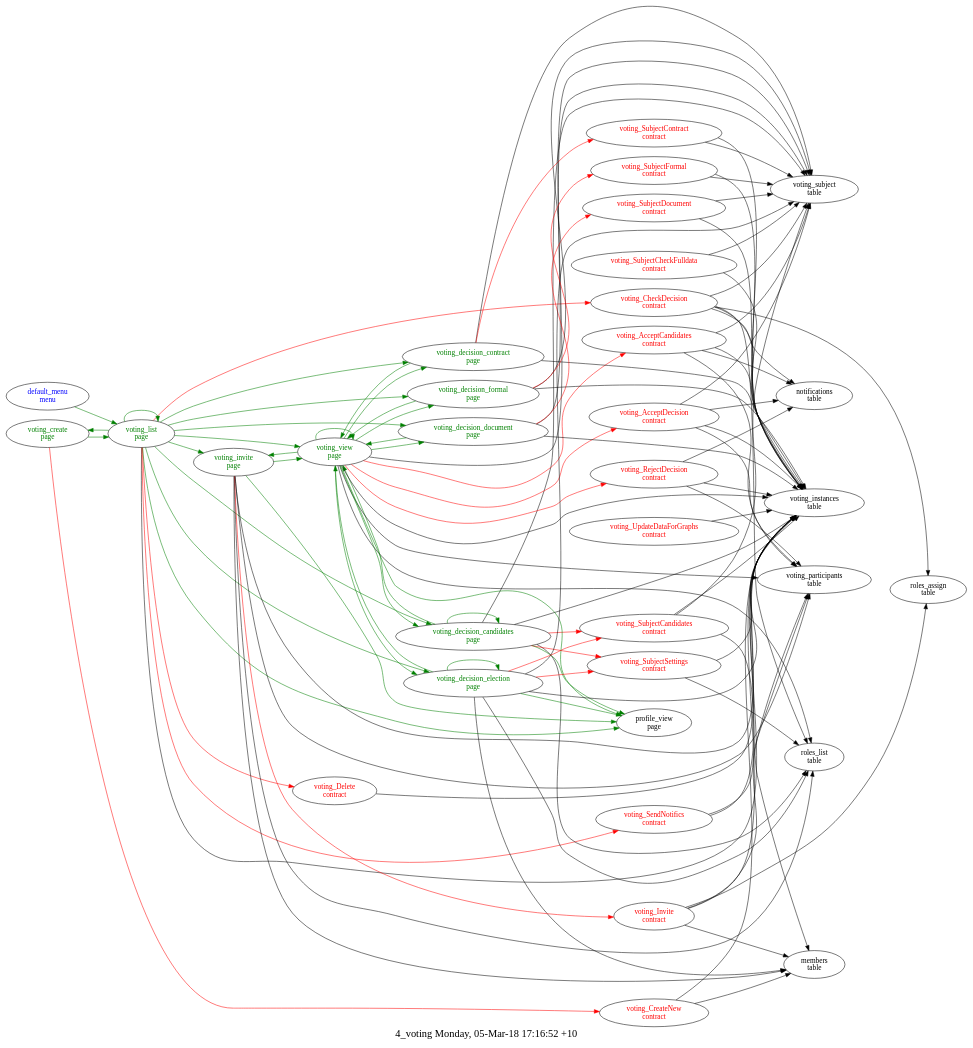
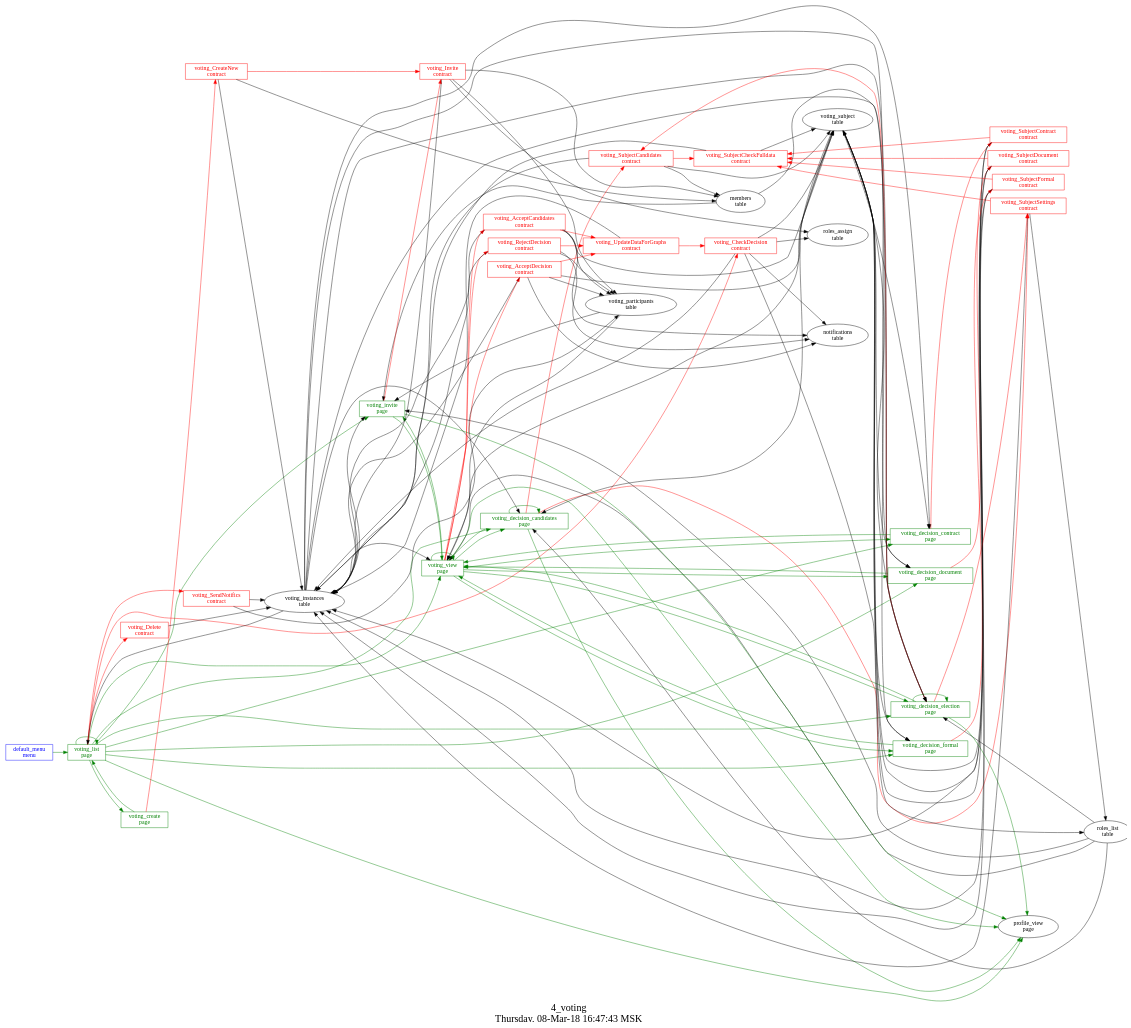
One commit to AplaProject/apps changed the diagram in src/basic/common/4_voting/struct.dot. Above: the diagram before and after it, drawn with Graphviz. The commit also changed 3 other files, not shown here.

Commit message:
+ voting contract params

```diff
--- a/src/basic/common/4_voting/struct.dot
+++ b/src/basic/common/4_voting/struct.dot
@@ -1,112 +1,63 @@
 digraph G {
-fontsize="20.0";
-label="4_voting Monday, 05-Mar-18 17:16:52 +10";
-rankdir=LR;
-"voting_CheckDecision\ncontract" -> "voting_instances\ntable"
-"voting_CheckDecision\ncontract" -> "voting_subject\ntable"
-"voting_CheckDecision\ncontract" -> "notifications\ntable"
-"voting_CheckDecision\ncontract" -> "roles_list\ntable"
-"voting_CheckDecision\ncontract" -> "roles_assign\ntable"
-"voting_CheckDecision\ncontract" [fontcolor=red, group=contracts];
-"voting_UpdateDataForGraphs\ncontract" -> "voting_instances\ntable"
-"voting_UpdateDataForGraphs\ncontract" [fontcolor=red, group=contracts];
-"voting_AcceptCandidates\ncontract" -> "voting_instances\ntable"
-"voting_AcceptCandidates\ncontract" -> "voting_subject\ntable"
-"voting_AcceptCandidates\ncontract" -> "voting_participants\ntable"
-"voting_AcceptCandidates\ncontract" -> "notifications\ntable"
-"voting_AcceptCandidates\ncontract" [fontcolor=red, group=contracts];
-"voting_Invite\ncontract" -> "voting_instances\ntable"
-"voting_Invite\ncontract" -> "voting_participants\ntable"
-"voting_Invite\ncontract" -> "members\ntable"
-"voting_Invite\ncontract" -> "roles_assign\ntable"
-"voting_Invite\ncontract" [fontcolor=red, group=contracts];
-"voting_Delete\ncontract" -> "voting_instances\ntable"
-"voting_Delete\ncontract" [fontcolor=red, group=contracts];
-"voting_CreateNew\ncontract" -> "members\ntable"
-"voting_CreateNew\ncontract" -> "voting_instances\ntable"
-"voting_CreateNew\ncontract" [fontcolor=red, group=contracts];
-"voting_AcceptDecision\ncontract" -> "voting_instances\ntable"
-"voting_AcceptDecision\ncontract" -> "voting_subject\ntable"
-"voting_AcceptDecision\ncontract" -> "voting_participants\ntable"
-"voting_AcceptDecision\ncontract" -> "notifications\ntable"
-"voting_AcceptDecision\ncontract" [fontcolor=red, group=contracts];
-"voting_SendNotifics\ncontract" -> "voting_instances\ntable"
-"voting_SendNotifics\ncontract" -> "voting_participants\ntable"
-"voting_SendNotifics\ncontract" [fontcolor=red, group=contracts];
-"voting_SubjectCheckFulldata\ncontract" -> "voting_instances\ntable"
-"voting_SubjectCheckFulldata\ncontract" -> "voting_subject\ntable"
-"voting_SubjectCheckFulldata\ncontract" [fontcolor=red, group=contracts];
-"voting_SubjectCandidates\ncontract" -> "voting_instances\ntable"
-"voting_SubjectCandidates\ncontract" -> "voting_subject\ntable"
-"voting_SubjectCandidates\ncontract" -> "members\ntable"
-"voting_SubjectCandidates\ncontract" [fontcolor=red, group=contracts];
-"voting_SubjectContract\ncontract" -> "voting_instances\ntable"
-"voting_SubjectContract\ncontract" -> "voting_subject\ntable"
-"voting_SubjectContract\ncontract" [fontcolor=red, group=contracts];
-"voting_SubjectDocument\ncontract" -> "voting_instances\ntable"
-"voting_SubjectDocument\ncontract" -> "voting_subject\ntable"
-"voting_SubjectDocument\ncontract" [fontcolor=red, group=contracts];
-"voting_SubjectFormal\ncontract" -> "voting_instances\ntable"
-"voting_SubjectFormal\ncontract" -> "voting_subject\ntable"
-"voting_SubjectFormal\ncontract" [fontcolor=red, group=contracts];
-"voting_SubjectSettings\ncontract" -> "voting_instances\ntable"
-"voting_SubjectSettings\ncontract" -> "roles_list\ntable"
-"voting_SubjectSettings\ncontract" [fontcolor=red, group=contracts];
-"voting_RejectDecision\ncontract" -> "voting_instances\ntable"
-"voting_RejectDecision\ncontract" -> "voting_participants\ntable"
-"voting_RejectDecision\ncontract" -> "notifications\ntable"
-"voting_RejectDecision\ncontract" [fontcolor=red, group=contracts];
+graph [
+  fontsize="24";
+  label="4_voting\nThursday, 08-Mar-18 16:47:43 MSK";
+  nojustify=true;
+  ordering=out;
+  rankdir=LR;
+  size="30";
+];
 "default_menu\nmenu" -> "voting_list\npage"  [ color=green ]
-"default_menu\nmenu" [fontcolor=blue, group=menus];
+"default_menu\nmenu" [color=blue, fontcolor=blue, group=menus, shape=record];
 "voting_create\npage" -> "voting_CreateNew\ncontract"  [ color=red ]
 "voting_create\npage" -> "voting_list\npage"  [ color=green ]
-"voting_create\npage" [fontcolor=green, group=pages];
+"voting_create\npage" [color=green, fontcolor=green, group=pages, shape=record];
 "voting_decision_candidates\npage" -> "voting_SubjectCandidates\ncontract"  [ color=red ]
 "voting_decision_candidates\npage" -> "voting_SubjectSettings\ncontract"  [ color=red ]
-"voting_decision_candidates\npage" -> "voting_instances\ntable"
-"voting_decision_candidates\npage" -> "voting_subject\ntable"
-"voting_decision_candidates\npage" -> "roles_list\ntable"
+"voting_instances\ntable" -> "voting_decision_candidates\npage"  [ color="" ]
+"voting_subject\ntable" -> "voting_decision_candidates\npage"  [ color="" ]
+"roles_list\ntable" -> "voting_decision_candidates\npage"  [ color="" ]
 "voting_decision_candidates\npage" -> "voting_decision_candidates\npage"  [ color=green ]
 "voting_decision_candidates\npage" -> "profile_view\npage"  [ color=green ]
 "voting_decision_candidates\npage" -> "voting_view\npage"  [ color=green ]
-"voting_decision_candidates\npage" [fontcolor=green, group=pages];
+"voting_decision_candidates\npage" [color=green, fontcolor=green, group=pages, shape=record];
 "voting_decision_contract\npage" -> "voting_SubjectContract\ncontract"  [ color=red ]
-"voting_decision_contract\npage" -> "voting_instances\ntable"
-"voting_decision_contract\npage" -> "voting_subject\ntable"
+"voting_instances\ntable" -> "voting_decision_contract\npage"  [ color="" ]
+"voting_subject\ntable" -> "voting_decision_contract\npage"  [ color="" ]
 "voting_decision_contract\npage" -> "voting_view\npage"  [ color=green ]
-"voting_decision_contract\npage" [fontcolor=green, group=pages];
+"voting_decision_contract\npage" [color=green, fontcolor=green, group=pages, shape=record];
 "voting_decision_document\npage" -> "voting_SubjectDocument\ncontract"  [ color=red ]
-"voting_decision_document\npage" -> "voting_instances\ntable"
-"voting_decision_document\npage" -> "voting_subject\ntable"
+"voting_instances\ntable" -> "voting_decision_document\npage"  [ color="" ]
+"voting_subject\ntable" -> "voting_decision_document\npage"  [ color="" ]
 "voting_decision_document\npage" -> "voting_view\npage"  [ color=green ]
-"voting_decision_document\npage" [fontcolor=green, group=pages];
+"voting_decision_document\npage" [color=green, fontcolor=green, group=pages, shape=record];
 "voting_decision_election\npage" -> "voting_SubjectCandidates\ncontract"  [ color=red ]
 "voting_decision_election\npage" -> "voting_SubjectSettings\ncontract"  [ color=red ]
-"voting_decision_election\npage" -> "voting_instances\ntable"
-"voting_decision_election\npage" -> "members\ntable"
-"voting_decision_election\npage" -> "voting_subject\ntable"
-"voting_decision_election\npage" -> "roles_list\ntable"
+"voting_instances\ntable" -> "voting_decision_election\npage"  [ color="" ]
+"members\ntable" -> "voting_decision_election\npage"  [ color="" ]
+"voting_subject\ntable" -> "voting_decision_election\npage"  [ color="" ]
+"roles_list\ntable" -> "voting_decision_election\npage"  [ color="" ]
 "voting_decision_election\npage" -> "voting_decision_election\npage"  [ color=green ]
 "voting_decision_election\npage" -> "profile_view\npage"  [ color=green ]
 "voting_decision_election\npage" -> "voting_view\npage"  [ color=green ]
-"voting_decision_election\npage" [fontcolor=green, group=pages];
+"voting_decision_election\npage" [color=green, fontcolor=green, group=pages, shape=record];
 "voting_decision_formal\npage" -> "voting_SubjectFormal\ncontract"  [ color=red ]
-"voting_decision_formal\npage" -> "voting_instances\ntable"
-"voting_decision_formal\npage" -> "voting_subject\ntable"
+"voting_instances\ntable" -> "voting_decision_formal\npage"  [ color="" ]
+"voting_subject\ntable" -> "voting_decision_formal\npage"  [ color="" ]
 "voting_decision_formal\npage" -> "voting_view\npage"  [ color=green ]
-"voting_decision_formal\npage" [fontcolor=green, group=pages];
+"voting_decision_formal\npage" [color=green, fontcolor=green, group=pages, shape=record];
 "voting_invite\npage" -> "voting_Invite\ncontract"  [ color=red ]
-"voting_invite\npage" -> "voting_instances\ntable"
-"voting_invite\npage" -> "voting_participants\ntable"
-"voting_invite\npage" -> "members\ntable"
-"voting_invite\npage" -> "roles_list\ntable"
+"voting_instances\ntable" -> "voting_invite\npage"  [ color="" ]
+"voting_participants\ntable" -> "voting_invite\npage"  [ color="" ]
+"members\ntable" -> "voting_invite\npage"  [ color="" ]
+"roles_list\ntable" -> "voting_invite\npage"  [ color="" ]
 "voting_invite\npage" -> "profile_view\npage"  [ color=green ]
 "voting_invite\npage" -> "voting_view\npage"  [ color=green ]
-"voting_invite\npage" [fontcolor=green, group=pages];
+"voting_invite\npage" [color=green, fontcolor=green, group=pages, shape=record];
 "voting_list\npage" -> "voting_SendNotifics\ncontract"  [ color=red ]
 "voting_list\npage" -> "voting_CheckDecision\ncontract"  [ color=red ]
 "voting_list\npage" -> "voting_Delete\ncontract"  [ color=red ]
-"voting_list\npage" -> "voting_instances\ntable"
+"voting_instances\ntable" -> "voting_list\npage"  [ color="" ]
 "voting_list\npage" -> "voting_view\npage"  [ color=green ]
 "voting_list\npage" -> "voting_decision_candidates\npage"  [ color=green ]
 "voting_list\npage" -> "voting_decision_election\npage"  [ color=green ]
@@ -117,14 +68,14 @@
 "voting_list\npage" -> "voting_list\npage"  [ color=green ]
 "voting_list\npage" -> "profile_view\npage"  [ color=green ]
 "voting_list\npage" -> "voting_create\npage"  [ color=green ]
-"voting_list\npage" [fontcolor=green, group=pages];
+"voting_list\npage" [color=green, fontcolor=green, group=pages, shape=record];
 "voting_view\npage" -> "voting_AcceptCandidates\ncontract"  [ color=red ]
 "voting_view\npage" -> "voting_RejectDecision\ncontract"  [ color=red ]
 "voting_view\npage" -> "voting_AcceptDecision\ncontract"  [ color=red ]
-"voting_view\npage" -> "voting_instances\ntable"
-"voting_view\npage" -> "voting_participants\ntable"
-"voting_view\npage" -> "roles_list\ntable"
-"voting_view\npage" -> "voting_subject\ntable"
+"voting_instances\ntable" -> "voting_view\npage"  [ color="" ]
+"voting_participants\ntable" -> "voting_view\npage"  [ color="" ]
+"roles_list\ntable" -> "voting_view\npage"  [ color="" ]
+"voting_subject\ntable" -> "voting_view\npage"  [ color="" ]
 "voting_view\npage" -> "profile_view\npage"  [ color=green ]
 "voting_view\npage" -> "voting_view\npage"  [ color=green ]
 "voting_view\npage" -> "voting_decision_candidates\npage"  [ color=green ]
@@ -133,8 +84,72 @@
 "voting_view\npage" -> "voting_decision_formal\npage"  [ color=green ]
 "voting_view\npage" -> "voting_decision_contract\npage"  [ color=green ]
 "voting_view\npage" -> "voting_invite\npage"  [ color=green ]
-"voting_view\npage" [fontcolor=green, group=pages];
-"voting_instances\ntable" [group=tables];
-"voting_participants\ntable" [group=tables];
-"voting_subject\ntable" [group=tables];
+"voting_view\npage" [color=green, fontcolor=green, group=pages, shape=record];
+"voting_AcceptCandidates\ncontract" -> "voting_UpdateDataForGraphs\ncontract"  [ color=red ]
+"voting_AcceptCandidates\ncontract" -> "voting_instances\ntable"  [ color="" ]
+"voting_AcceptCandidates\ncontract" -> "voting_subject\ntable"  [ color="" ]
+"voting_AcceptCandidates\ncontract" -> "voting_participants\ntable"  [ color="" ]
+"voting_AcceptCandidates\ncontract" -> "notifications\ntable"  [ color="" ]
+"voting_AcceptCandidates\ncontract" [color=red, fontcolor=red, group=contracts, shape=record];
+"voting_AcceptDecision\ncontract" -> "voting_UpdateDataForGraphs\ncontract"  [ color=red ]
+"voting_AcceptDecision\ncontract" -> "voting_instances\ntable"  [ color="" ]
+"voting_AcceptDecision\ncontract" -> "voting_subject\ntable"  [ color="" ]
+"voting_AcceptDecision\ncontract" -> "voting_participants\ntable"  [ color="" ]
+"voting_AcceptDecision\ncontract" -> "notifications\ntable"  [ color="" ]
+"voting_AcceptDecision\ncontract" [color=red, fontcolor=red, group=contracts, shape=record];
+"voting_CheckDecision\ncontract" -> "voting_instances\ntable"  [ color="" ]
+"voting_CheckDecision\ncontract" -> "voting_subject\ntable"  [ color="" ]
+"voting_CheckDecision\ncontract" -> "notifications\ntable"  [ color="" ]
+"voting_CheckDecision\ncontract" -> "roles_list\ntable"  [ color="" ]
+"voting_CheckDecision\ncontract" -> "roles_assign\ntable"  [ color="" ]
+"voting_CheckDecision\ncontract" [color=red, fontcolor=red, group=contracts, shape=record];
+"voting_CreateNew\ncontract" -> "voting_Invite\ncontract"  [ color=red ]
+"voting_CreateNew\ncontract" -> "members\ntable"  [ color="" ]
+"voting_CreateNew\ncontract" -> "voting_instances\ntable"  [ color="" ]
+"voting_CreateNew\ncontract" [color=red, fontcolor=red, group=contracts, shape=record];
+"voting_Delete\ncontract" -> "voting_instances\ntable"  [ color="" ]
+"voting_Delete\ncontract" [color=red, fontcolor=red, group=contracts, shape=record];
+"voting_Invite\ncontract" -> "voting_instances\ntable"  [ color="" ]
+"voting_Invite\ncontract" -> "voting_participants\ntable"  [ color="" ]
+"voting_Invite\ncontract" -> "members\ntable"  [ color="" ]
+"voting_Invite\ncontract" -> "roles_assign\ntable"  [ color="" ]
+"voting_Invite\ncontract" [color=red, fontcolor=red, group=contracts, shape=record];
+"voting_RejectDecision\ncontract" -> "voting_UpdateDataForGraphs\ncontract"  [ color=red ]
+"voting_RejectDecision\ncontract" -> "voting_instances\ntable"  [ color="" ]
+"voting_RejectDecision\ncontract" -> "voting_participants\ntable"  [ color="" ]
+"voting_RejectDecision\ncontract" -> "notifications\ntable"  [ color="" ]
+"voting_RejectDecision\ncontract" [color=red, fontcolor=red, group=contracts, shape=record];
+"voting_SendNotifics\ncontract" -> "voting_instances\ntable"  [ color="" ]
+"voting_SendNotifics\ncontract" -> "voting_participants\ntable"  [ color="" ]
+"voting_SendNotifics\ncontract" [color=red, fontcolor=red, group=contracts, shape=record];
+"voting_SubjectCandidates\ncontract" -> "voting_SubjectCheckFulldata\ncontract"  [ color=red ]
+"voting_SubjectCandidates\ncontract" -> "voting_instances\ntable"  [ color="" ]
+"voting_SubjectCandidates\ncontract" -> "voting_subject\ntable"  [ color="" ]
+"voting_SubjectCandidates\ncontract" -> "members\ntable"  [ color="" ]
+"voting_SubjectCandidates\ncontract" [color=red, fontcolor=red, group=contracts, shape=record];
+"voting_SubjectCheckFulldata\ncontract" -> "voting_instances\ntable"  [ color="" ]
+"voting_SubjectCheckFulldata\ncontract" -> "voting_subject\ntable"  [ color="" ]
+"voting_SubjectCheckFulldata\ncontract" [color=red, fontcolor=red, group=contracts, shape=record];
+"voting_SubjectContract\ncontract" -> "voting_SubjectCheckFulldata\ncontract"  [ color=red ]
+"voting_SubjectContract\ncontract" -> "voting_instances\ntable"  [ color="" ]
+"voting_SubjectContract\ncontract" -> "voting_subject\ntable"  [ color="" ]
+"voting_SubjectContract\ncontract" [color=red, fontcolor=red, group=contracts, shape=record];
+"voting_SubjectDocument\ncontract" -> "voting_SubjectCheckFulldata\ncontract"  [ color=red ]
+"voting_SubjectDocument\ncontract" -> "voting_instances\ntable"  [ color="" ]
+"voting_SubjectDocument\ncontract" -> "voting_subject\ntable"  [ color="" ]
+"voting_SubjectDocument\ncontract" [color=red, fontcolor=red, group=contracts, shape=record];
+"voting_SubjectFormal\ncontract" -> "voting_SubjectCheckFulldata\ncontract"  [ color=red ]
+"voting_SubjectFormal\ncontract" -> "voting_instances\ntable"  [ color="" ]
+"voting_SubjectFormal\ncontract" -> "voting_subject\ntable"  [ color="" ]
+"voting_SubjectFormal\ncontract" [color=red, fontcolor=red, group=contracts, shape=record];
+"voting_SubjectSettings\ncontract" -> "voting_SubjectCheckFulldata\ncontract"  [ color=red ]
+"voting_SubjectSettings\ncontract" -> "voting_instances\ntable"  [ color="" ]
+"voting_SubjectSettings\ncontract" -> "roles_list\ntable"  [ color="" ]
+"voting_SubjectSettings\ncontract" [color=red, fontcolor=red, group=contracts, shape=record];
+"voting_UpdateDataForGraphs\ncontract" -> "voting_CheckDecision\ncontract"  [ color=red ]
+"voting_UpdateDataForGraphs\ncontract" -> "voting_instances\ntable"  [ color="" ]
+"voting_UpdateDataForGraphs\ncontract" [color=red, fontcolor=red, group=contracts, shape=record];
+"voting_instances\ntable" [color="", fontcolor="", group=tables, shape=""];
+"voting_participants\ntable" [color="", fontcolor="", group=tables, shape=""];
+"voting_subject\ntable" [color="", fontcolor="", group=tables, shape=""];
 }
```
